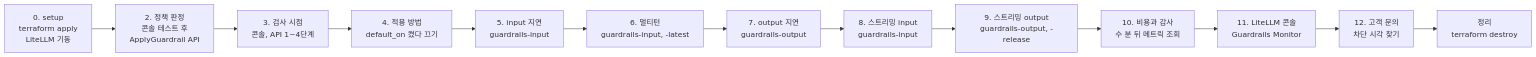
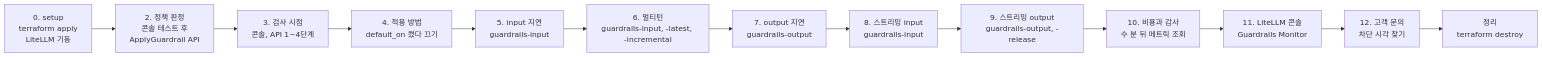
Before and after one commit to choisungwook/portfolio: the diagram in aws/bedrock/guardrails/docs/handson-guide.md, drawn with Mermaid. The commit also changed other lines of this file and 14 other files, not shown here.

````diff
--- a/aws/bedrock/guardrails/docs/handson-guide.md
+++ b/aws/bedrock/guardrails/docs/handson-guide.md
@@ -9,15 +9,15 @@
 ```mermaid
 flowchart LR
   S0["0. setup<br/>terraform apply<br/>LiteLLM 기동"] --> S2["2. 정책 판정<br/>콘솔 테스트 후<br/>ApplyGuardrail API"]
   S2 --> S3["3. 검사 시점<br/>콘솔, API 1~4단계"]
   S3 --> S4["4. 적용 방법<br/>default_on 켰다 끄기"]
   S4 --> S5["5. input 지연<br/>guardrails-input"]
-  S5 --> S6["6. 멀티턴<br/>guardrails-input, -latest"]
+  S5 --> S6["6. 멀티턴<br/>guardrails-input, -latest, -incremental"]
   S6 --> S7["7. output 지연<br/>guardrails-output"]
   S7 --> S8["8. 스트리밍 input<br/>guardrails-input"]
   S8 --> S9["9. 스트리밍 output<br/>guardrails-output, -release"]
   S9 --> S10["10. 비용과 감사<br/>수 분 뒤 메트릭 조회"]
   S10 --> S11["11. LiteLLM 콘솔<br/>Guardrails Monitor"]
   S11 --> S12["12. 고객 문의<br/>차단 시각 찾기"]
   S12 --> C["정리<br/>terraform destroy"]
 ```
````
